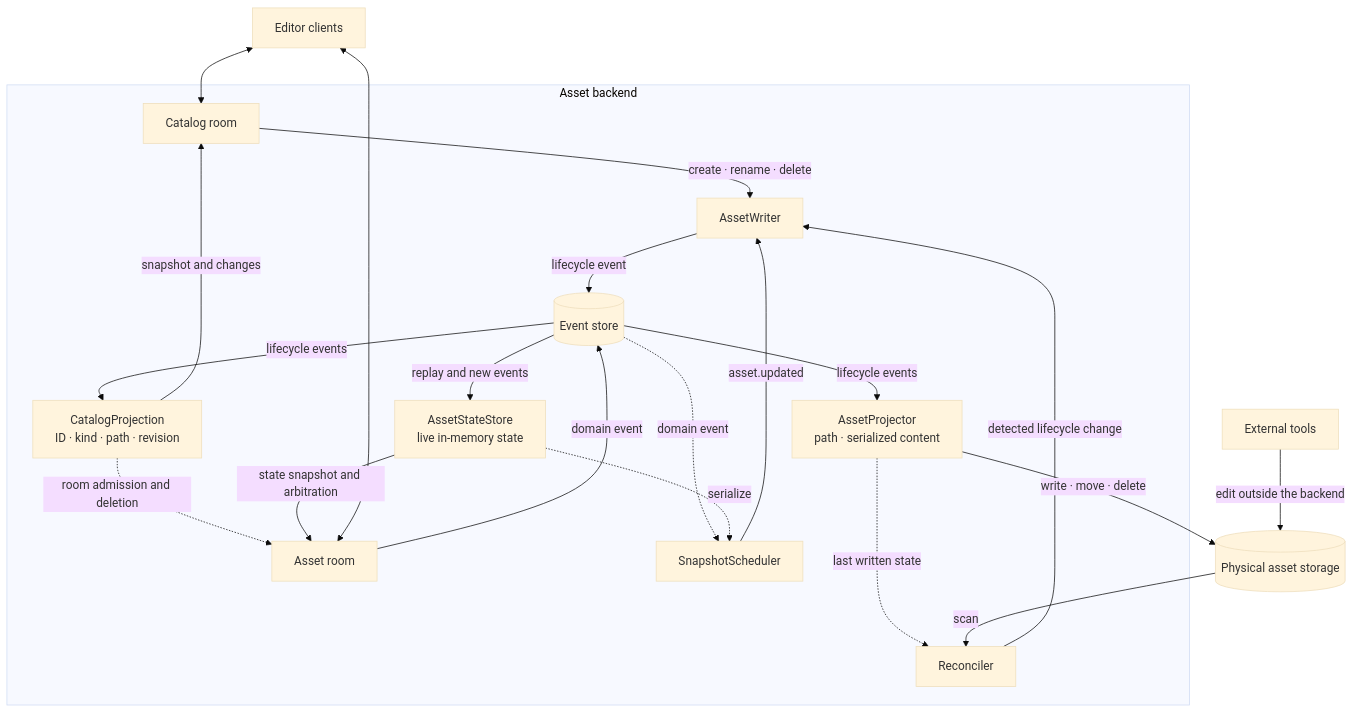
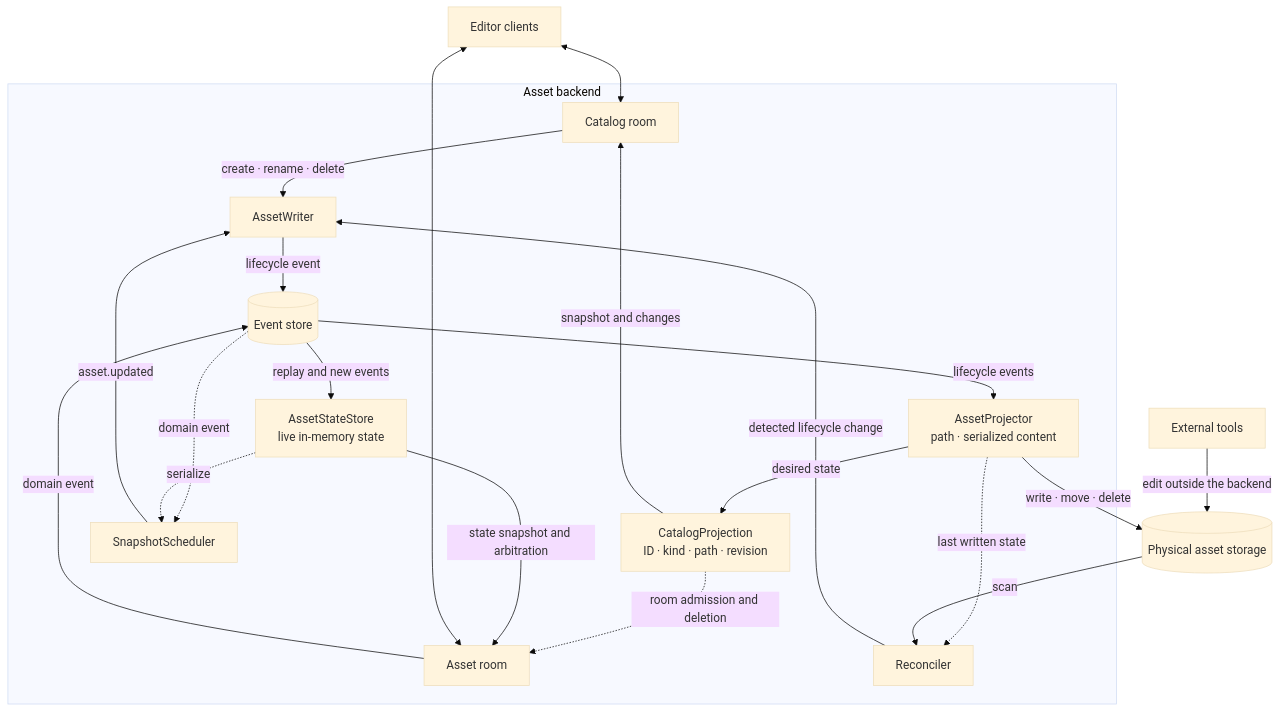
One commit to JollyPixel/editor changed the first of 4 diagrams in packages/asset-server/ARCHITECTURE.md. Above: the diagram before and after it, drawn with Mermaid (base theme). The commit also changed other lines of this file and 91 other files, not shown here.

````diff
--- a/packages/asset-server/ARCHITECTURE.md
+++ b/packages/asset-server/ARCHITECTURE.md
@@ -19,43 +19,43 @@
 ```mermaid
 flowchart TB
     Editor["Editor clients"]
     Tool["External tools"]
     Files[("Physical asset storage")]
 
     subgraph Backend["Asset backend"]
         CatalogRoom["Catalog room"]
         AssetRoom["Asset room"]
         Writer["AssetWriter"]
         Store[("Event store")]
         Catalog["CatalogProjection<br/>ID · kind · path · revision"]
         Projector["AssetProjector<br/>path · serialized content"]
         State["AssetStateStore<br/>live in-memory state"]
         Scheduler["SnapshotScheduler"]
         Reconciler["Reconciler"]
 
         CatalogRoom -->|"create · rename · delete"| Writer
         AssetRoom -->|"domain event"| Store
         Writer -->|"lifecycle event"| Store
 
-        Store -->|"lifecycle events"| Catalog
         Store -->|"lifecycle events"| Projector
+        Projector -->|"desired state"| Catalog
         Store -->|"replay and new events"| State
 
         Catalog -->|"snapshot and changes"| CatalogRoom
         Catalog -.->|"room admission and deletion"| AssetRoom
         State -->|"state snapshot and arbitration"| AssetRoom
 
         Store -.->|"domain event"| Scheduler
         State -.->|"serialize"| Scheduler
         Scheduler -->|"asset.updated"| Writer
 
         Projector -.->|"last written state"| Reconciler
         Reconciler -->|"detected lifecycle change"| Writer
     end
 
     Editor <--> CatalogRoom
     Editor <--> AssetRoom
     Projector -->|"write · move · delete"| Files
     Tool -->|"edit outside the backend"| Files
     Files -->|"scan"| Reconciler
 ```
````
